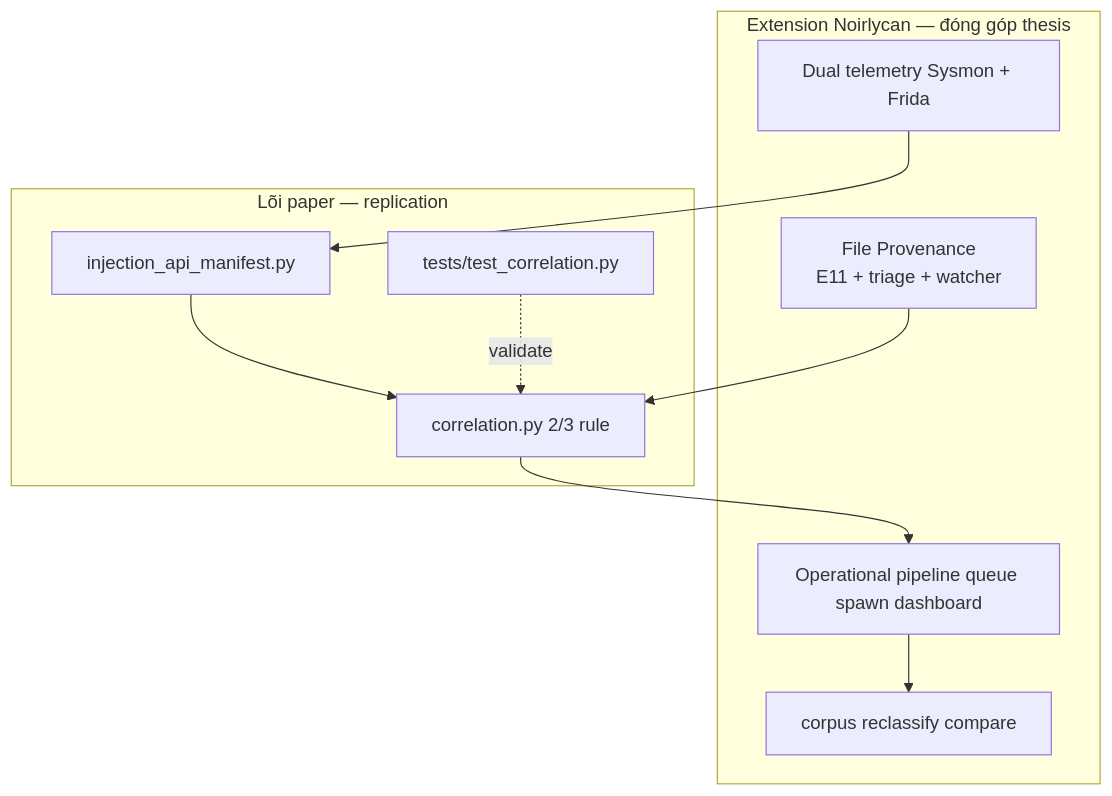
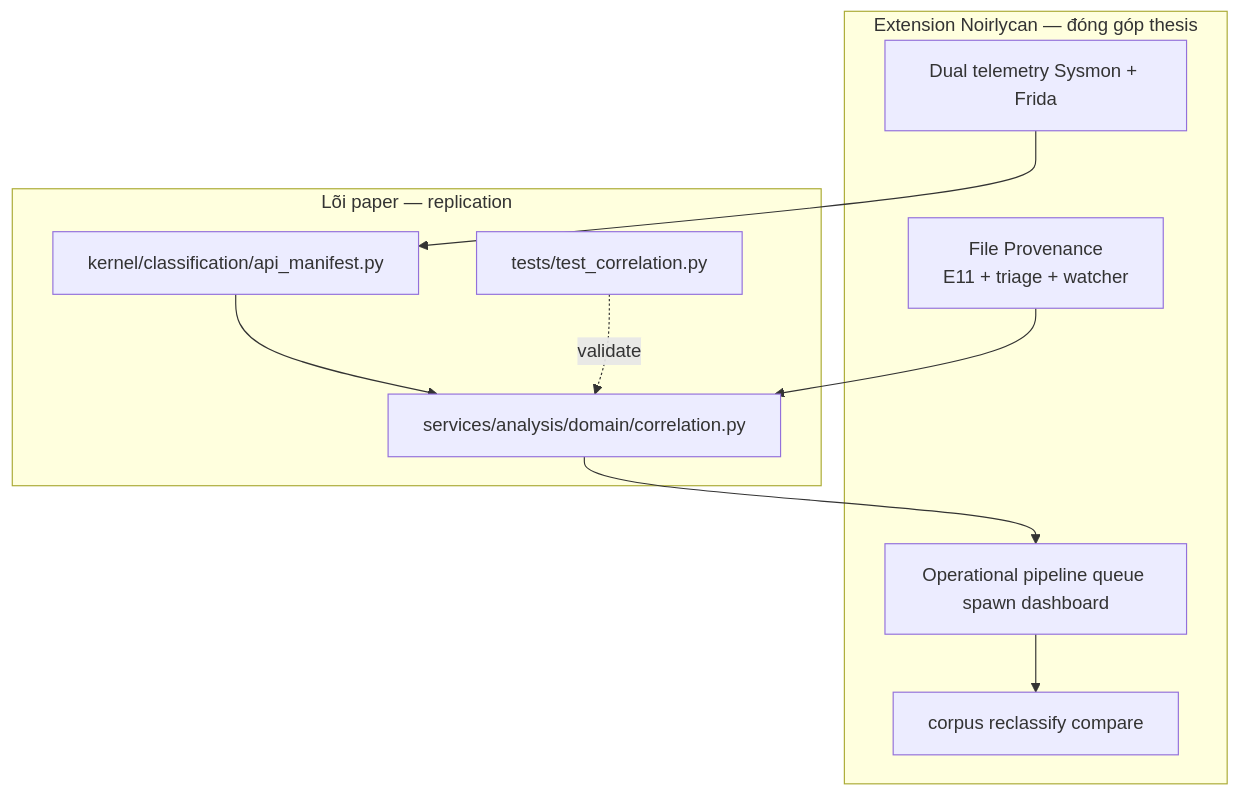
One commit to noirlycan/NoirlycanThesis changed the fifth of 6 diagrams in docs/architecture-diagrams.md. Above: the diagram before and after it, drawn with Mermaid. The commit also changed other lines of this file and 142 other files, not shown here.

First line of the commit message:
Refactor telemetry into clean-architecture microservices.

````diff
--- a/docs/architecture-diagrams.md
+++ b/docs/architecture-diagrams.md
@@ -238,20 +245,20 @@
 ```mermaid
 flowchart TB
   subgraph outer [Extension Noirlycan — đóng góp thesis]
     FP["File Provenance<br/>E11 + triage + watcher"]
     DUAL["Dual telemetry Sysmon + Frida"]
     OPS["Operational pipeline queue spawn dashboard"]
     TOOL["corpus reclassify compare"]
   end
 
   subgraph inner [Lõi paper — replication]
-    EC2["injection_api_manifest.py"]
-    COR2["correlation.py 2/3 rule"]
+    EC2["kernel/classification/api_manifest.py"]
+    COR2["services/analysis/domain/correlation.py"]
     TEST["tests/test_correlation.py"]
   end
 
   FP --> COR2
   DUAL --> EC2 --> COR2
   COR2 --> OPS --> TOOL
   TEST -.->|validate| COR2
 ```
````
